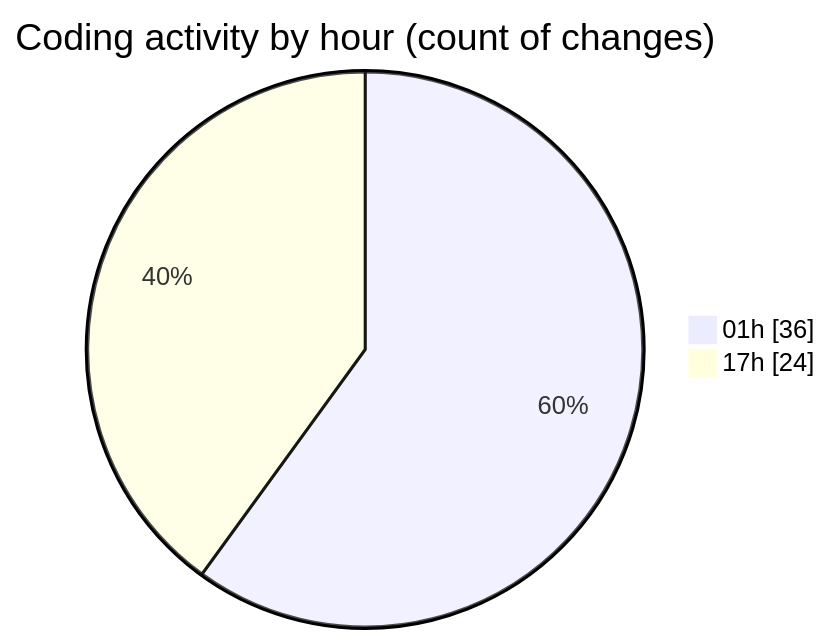
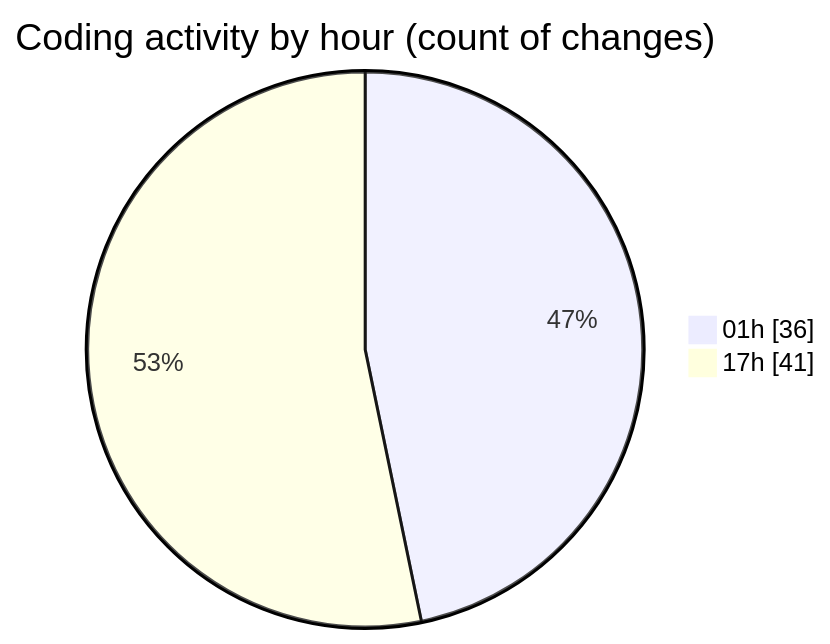
The second of 2 diagrams in 2025-07-29/appproject/README.md (lephambinh05/code-tracking), drawn with Mermaid before and after one commit. The commit also changed other lines of this file and 1 other file, not shown here.

````diff
--- a/2025-07-29/appproject/README.md
+++ b/2025-07-29/appproject/README.md
@@ -58,6 +68,6 @@
 ```mermaid
 pie showData
 title Coding activity by hour (count of changes)
 "01h" : 36
-"17h" : 24
+"17h" : 41
 ```
````
